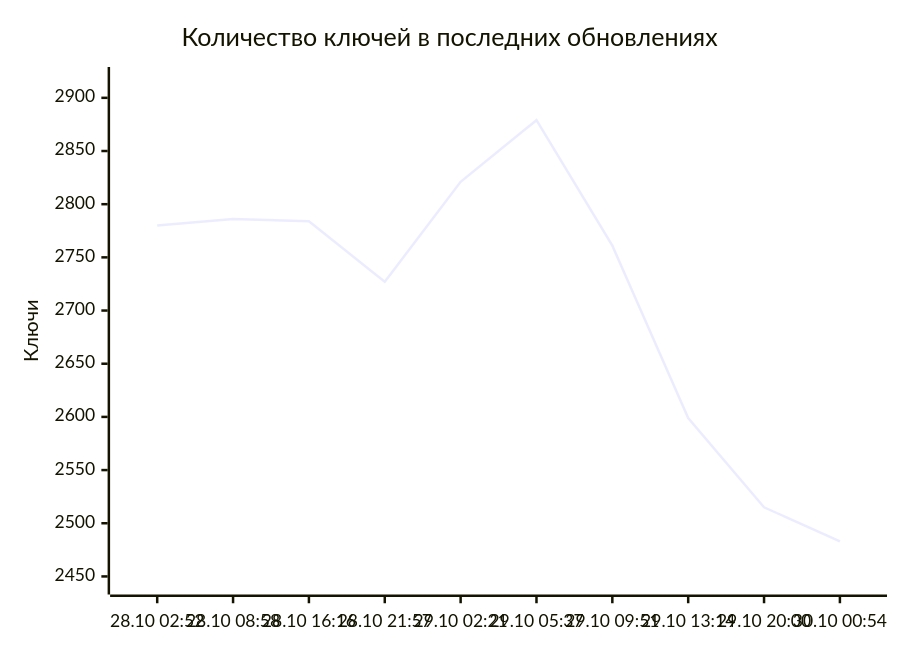
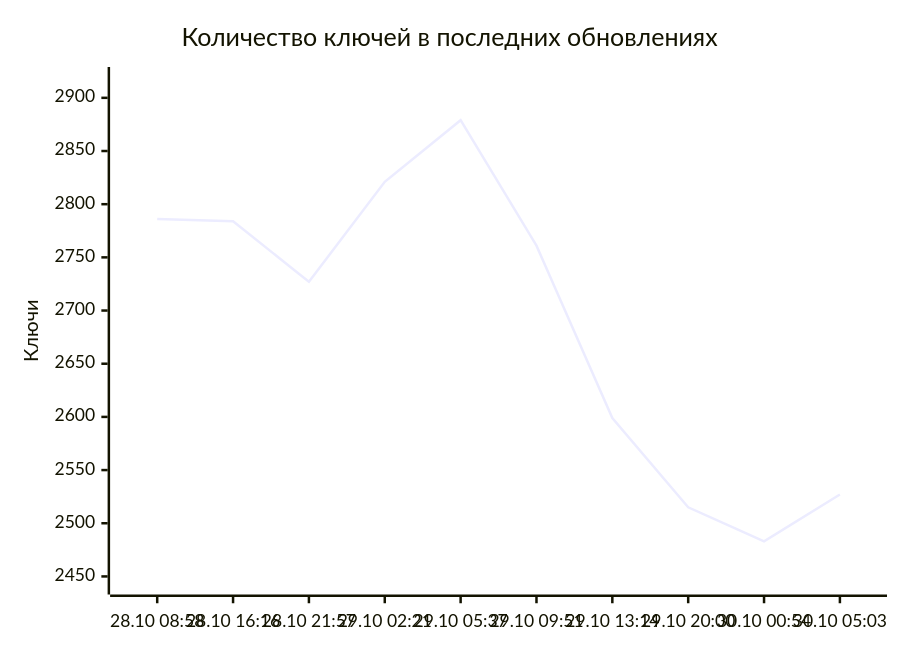
Before and after one commit to markKikhtenko/WireVeil: the diagram in README.md, drawn with Mermaid. The commit also changed other lines of this file and 12 other files, not shown here.

````diff
--- a/README.md
+++ b/README.md
@@ -55,7 +55,7 @@
 ```mermaid
 xychart-beta
     title "Количество ключей в последних обновлениях"
-    x-axis ["28.10 02:52", "28.10 08:58", "28.10 16:16", "28.10 21:57", "29.10 02:21", "29.10 05:37", "29.10 09:51", "29.10 13:14", "29.10 20:00", "30.10 00:54"]
+    x-axis ["28.10 08:58", "28.10 16:16", "28.10 21:57", "29.10 02:21", "29.10 05:37", "29.10 09:51", "29.10 13:14", "29.10 20:00", "30.10 00:54", "30.10 05:03"]
     y-axis "Ключи" 2443 --> 2919
-    line [2780, 2786, 2784, 2727, 2821, 2879, 2761, 2599, 2515, 2483]
+    line [2786, 2784, 2727, 2821, 2879, 2761, 2599, 2515, 2483, 2527]
 ```
````
